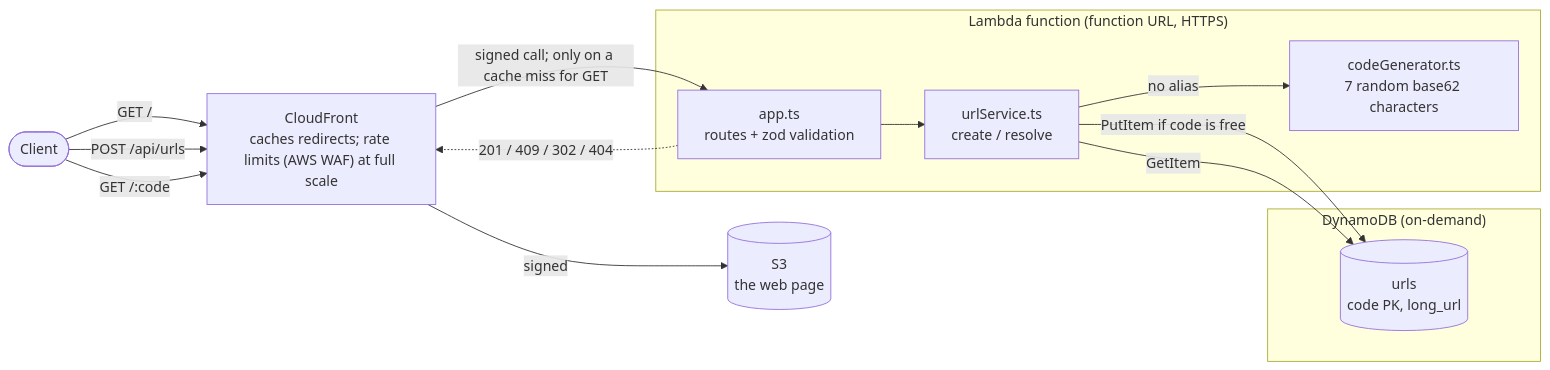
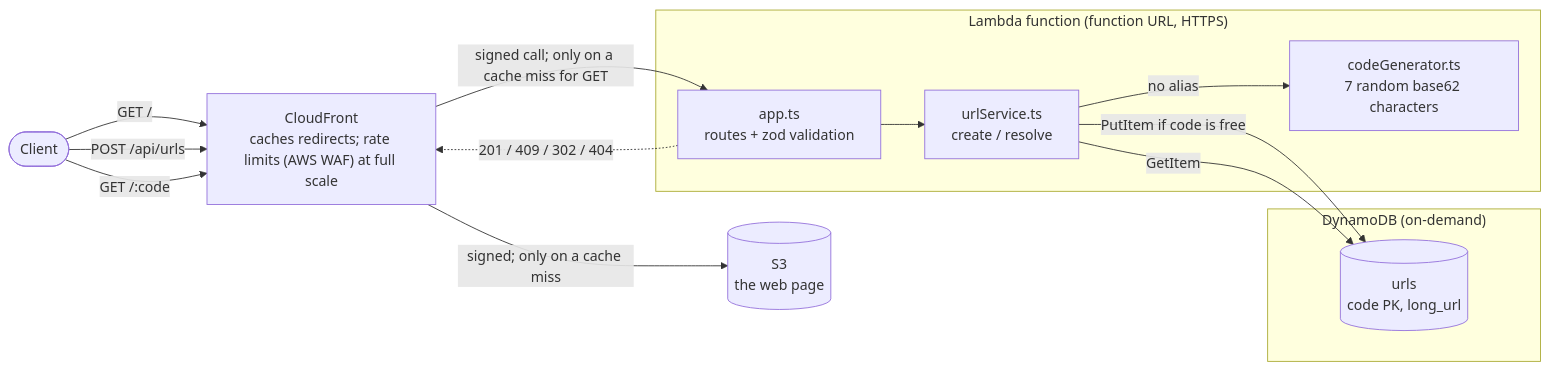
Before and after one commit to curiousdirection/url-shortener: the diagram in README.md, drawn with Mermaid.

Commit message:
Say the page's origin is only called on a cache miss
Claude-Session: https://claude.ai/code/session_01HKC4w5AkjDy6vKkCpXFTvw

````diff
--- a/README.md
+++ b/README.md
@@ -7,28 +7,28 @@
 ```mermaid
 flowchart LR
     client([Client])
     cdn["CloudFront<br/>caches redirects; rate limits (AWS WAF) at full scale"]
     web[("S3<br/>the web page")]
 
     subgraph lambda["Lambda function (function URL, HTTPS)"]
         routes["app.ts<br/>routes + zod validation"]
         service["urlService.ts<br/>create / resolve"]
         gen["codeGenerator.ts<br/>7 random base62 characters"]
         routes --> service
         service -->|"no alias"| gen
     end
 
     subgraph ddb["DynamoDB (on-demand)"]
         urls[("urls<br/>code PK, long_url")]
     end
 
     client -->|"GET /"| cdn
-    cdn -->|"signed"| web
+    cdn -->|"signed; only on a cache miss"| web
     client -->|"POST /api/urls"| cdn
     client -->|"GET /:code"| cdn
     cdn -->|"signed call; only on a cache miss for GET"| routes
     routes -.->|"201 / 409 / 302 / 404"| cdn
 
     service -->|"PutItem if code is free"| urls
     service -->|"GetItem"| urls
 ```
````
